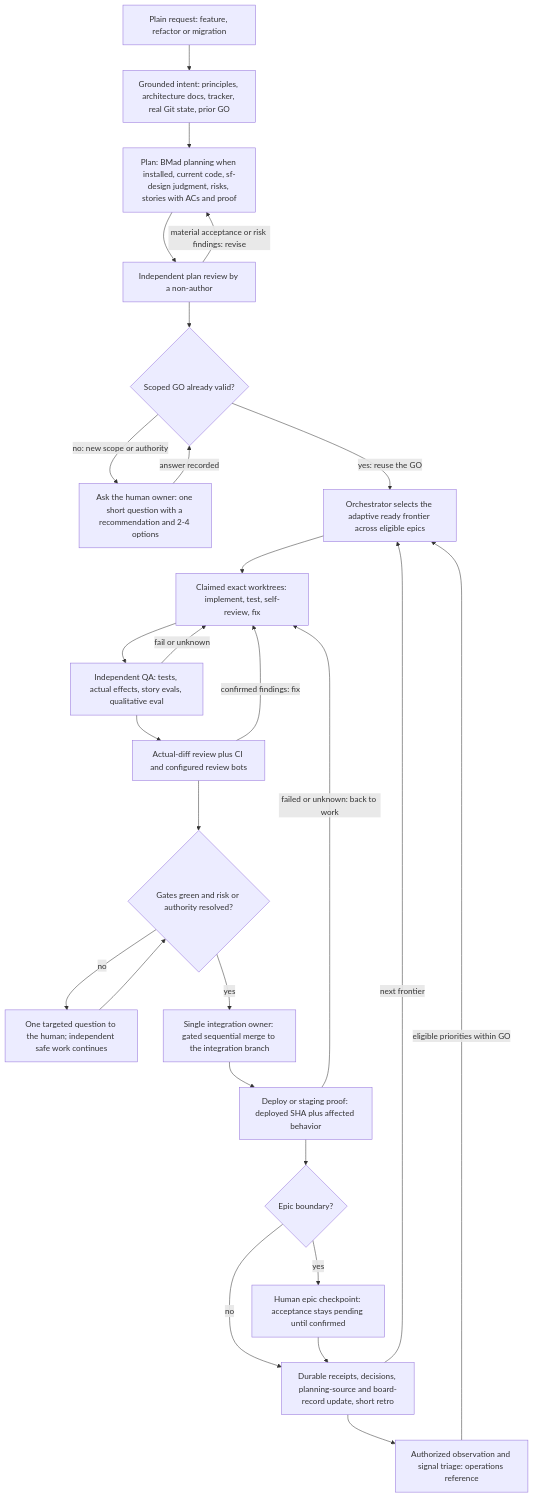
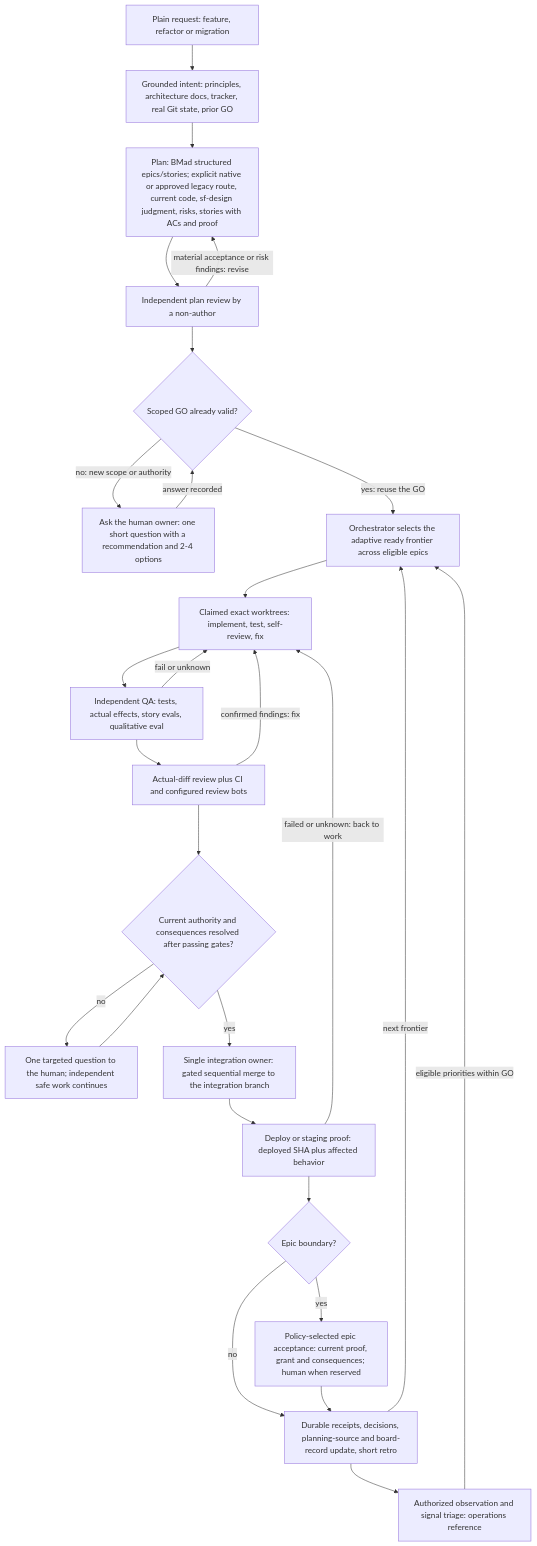
The diagram in skills/software-factory/workflows/feature.md (sbeeredd04/software-factory), drawn with Mermaid before and after one commit. The commit also changed other lines of this file and 27 other files, not shown here.

Commit message:
feat: add risk-adaptive acceptance and BMad planning defaults

````diff
--- a/skills/software-factory/workflows/feature.md
+++ b/skills/software-factory/workflows/feature.md
@@ -7,29 +9,29 @@
 ```mermaid
 flowchart TD
   Q[Plain request: feature, refactor or migration] --> G[Grounded intent: principles, architecture docs, tracker, real Git state, prior GO]
-  G --> P[Plan: BMad planning when installed, current code, sf-design judgment, risks, stories with ACs and proof]
+  G --> P[Plan: BMad structured epics/stories; explicit native or approved legacy route, current code, sf-design judgment, risks, stories with ACs and proof]
   P --> R[Independent plan review by a non-author]
   R -->|material acceptance or risk findings: revise| P
   R --> A{Scoped GO already valid?}
   A -->|no: new scope or authority| H[Ask the human owner: one short question with a recommendation and 2-4 options]
   H -->|answer recorded| A
   A -->|yes: reuse the GO| O[Orchestrator selects the adaptive ready frontier across eligible epics]
   O --> W[Claimed exact worktrees: implement, test, self-review, fix]
   W --> V[Independent QA: tests, actual effects, story evals, qualitative eval]
   V -->|fail or unknown| W
   V --> D[Actual-diff review plus CI and configured review bots]
   D -->|confirmed findings: fix| W
-  D --> T{Gates green and risk or authority resolved?}
+  D --> T{Current authority and consequences resolved after passing gates?}
   T -->|no| N[One targeted question to the human; independent safe work continues]
   N --> T
   T -->|yes| M[Single integration owner: gated sequential merge to the integration branch]
   M --> S[Deploy or staging proof: deployed SHA plus affected behavior]
   S -->|failed or unknown: back to work| W
   S --> C{Epic boundary?}
-  C -->|yes| E[Human epic checkpoint: acceptance stays pending until confirmed]
+  C -->|yes| E[Policy-selected epic acceptance: current proof, grant and consequences; human when reserved]
   C -->|no| K[Durable receipts, decisions, planning-source and board-record update, short retro]
   E --> K
   K -->|next frontier| O
   K --> OP[Authorized observation and signal triage: operations reference]
   OP -->|eligible priorities within GO| O
 ```
````
